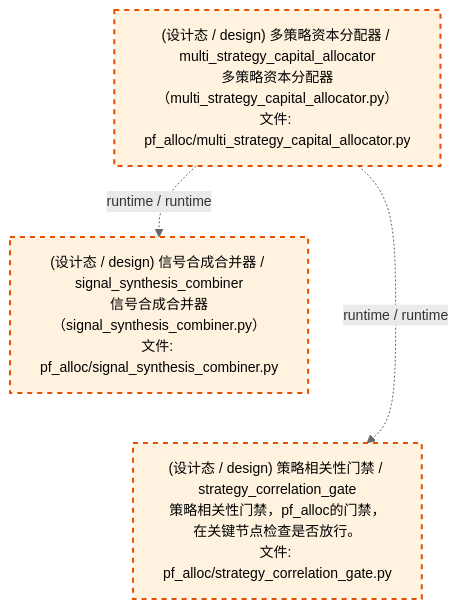
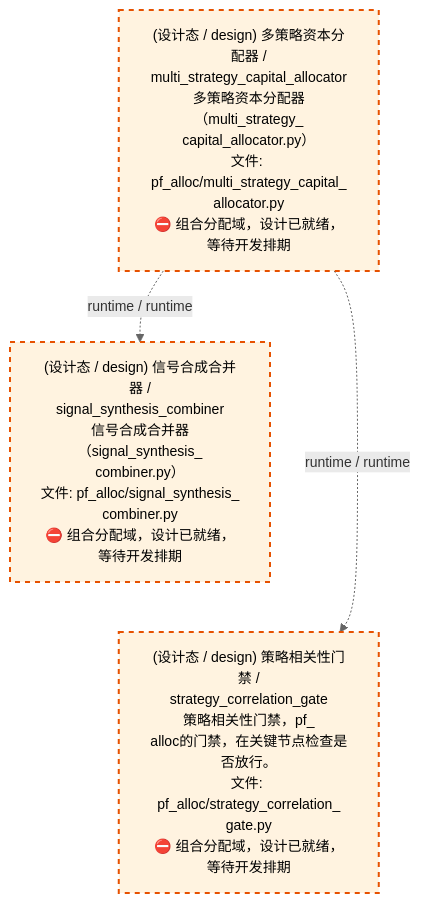
The third of 4 diagrams in docs/02_enterprise_architecture/02_domain_architecture_docs/62_d_pf_alloc.md (xuanFelixVan/ZephyrAlpha), drawn with Mermaid before and after one commit. The commit also changed other lines of this file and 59 other files, not shown here.

````diff
--- a/docs/02_enterprise_architecture/02_domain_architecture_docs/62_d_pf_alloc.md
+++ b/docs/02_enterprise_architecture/02_domain_architecture_docs/62_d_pf_alloc.md
@@ -105,15 +105,15 @@
 ```mermaid
 %%{init: {'theme': 'base', 'themeVariables': {'primaryColor': '#eaeaea', 'primaryTextColor': '#333333', 'primaryBorderColor': '#666666', 'lineColor': '#666666', 'secondaryColor': '#eaeaea', 'tertiaryColor': '#eaeaea', 'fontSize': '14px'}}}%%
 flowchart TD
-    src_zephyr_pf_alloc_multi_strategy_capital_allocator_py["(设计态 / design) 多策略资本分配器 / multi_strategy_capital_allocator<br/>多策略资本分配器（multi_strategy_capital_allocator.py）<br/>文件: pf_alloc/multi_strategy_capital_allocator.py"]
-    src_zephyr_pf_alloc_signal_synthesis_combiner_py["(设计态 / design) 信号合成合并器 / signal_synthesis_combiner<br/>信号合成合并器（signal_synthesis_combiner.py）<br/>文件: pf_alloc/signal_synthesis_combiner.py"]
-    src_zephyr_pf_alloc_strategy_correlation_gate_py["(设计态 / design) 策略相关性门禁 / strategy_correlation_gate<br/>策略相关性门禁，pf_alloc的门禁，在关键节点检查是否放行。<br/>文件: pf_alloc/strategy_correlation_gate.py"]
+    src_zephyr_pf_alloc_multi_strategy_capital_allocator_py["(设计态 / design) 多策略资本分配器 /<br/>multi_strategy_capital_allocator<br/>多策略资本分配器（multi_strategy_<br/>capital_allocator.py）<br/>文件: pf_alloc/multi_strategy_capital_<br/>allocator.py<br/>⛔ 组合分配域，设计已就绪，等待开发排期"]
+    src_zephyr_pf_alloc_signal_synthesis_combiner_py["(设计态 / design) 信号合成合并器 /<br/>signal_synthesis_combiner<br/>信号合成合并器（signal_synthesis_<br/>combiner.py）<br/>文件: pf_alloc/signal_synthesis_<br/>combiner.py<br/>⛔ 组合分配域，设计已就绪，等待开发排期"]
+    src_zephyr_pf_alloc_strategy_correlation_gate_py["(设计态 / design) 策略相关性门禁 /<br/>strategy_correlation_gate<br/>策略相关性门禁，pf_<br/>alloc的门禁，在关键节点检查是否放行。<br/>文件: pf_alloc/strategy_correlation_<br/>gate.py<br/>⛔ 组合分配域，设计已就绪，等待开发排期"]
     src_zephyr_pf_alloc_signal_synthesis_combiner_py ~~~ src_zephyr_pf_alloc_strategy_correlation_gate_py
     src_zephyr_pf_alloc_multi_strategy_capital_allocator_py -.->|runtime / runtime| src_zephyr_pf_alloc_signal_synthesis_combiner_py
     src_zephyr_pf_alloc_multi_strategy_capital_allocator_py -.->|runtime / runtime| src_zephyr_pf_alloc_strategy_correlation_gate_py
     classDef production fill:#e1f5fe,stroke:#01579b,stroke-width:2px,color:#000
     classDef design fill:#fff3e0,stroke:#e65100,stroke-width:2px,color:#000,stroke-dasharray: 5 5
     classDef external_prod fill:#e8f4fd,stroke:#0277bd,stroke-width:1px,color:#000
     classDef external_design fill:#fff8e7,stroke:#ef6c00,stroke-width:1px,color:#000,stroke-dasharray: 5 5
     class src_zephyr_pf_alloc_multi_strategy_capital_allocator_py,src_zephyr_pf_alloc_signal_synthesis_combiner_py,src_zephyr_pf_alloc_strategy_correlation_gate_py design
 ```
````
